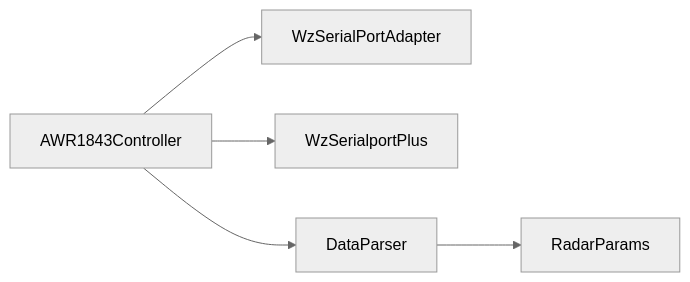
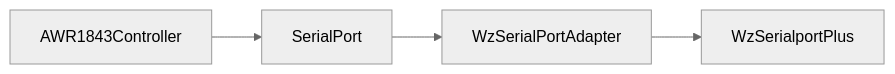
The fourth of 4 diagrams in .qoder/repowiki/zh/content/雷达与 DCA1000 设备控制/串口通信与 AWR1843 雷达控制.md (Lukad77/awr1843-radar-toolkit), drawn with Mermaid (neutral theme) before and after one commit. The commit also changed other lines of this file and 106 other files, not shown here.

````diff
--- a/.qoder/repowiki/zh/content/雷达与 DCA1000 设备控制/串口通信与 AWR1843 雷达控制.md
+++ b/.qoder/repowiki/zh/content/雷达与 DCA1000 设备控制/串口通信与 AWR1843 雷达控制.md
@@ -308,7 +264,6 @@
 ```mermaid
 graph LR
-CTRL["AWR1843Controller"] --> ADP["WzSerialPortAdapter"]
-CTRL --> DRV["WzSerialportPlus"]
-CTRL --> DP["DataParser"]
-DP --> RP["RadarParams"]
+CTRL["AWR1843Controller"] --> ABST["SerialPort"]
+ABST --> ADPT["WzSerialPortAdapter"]
+ADPT --> DRV["WzSerialportPlus"]
 ```
````
